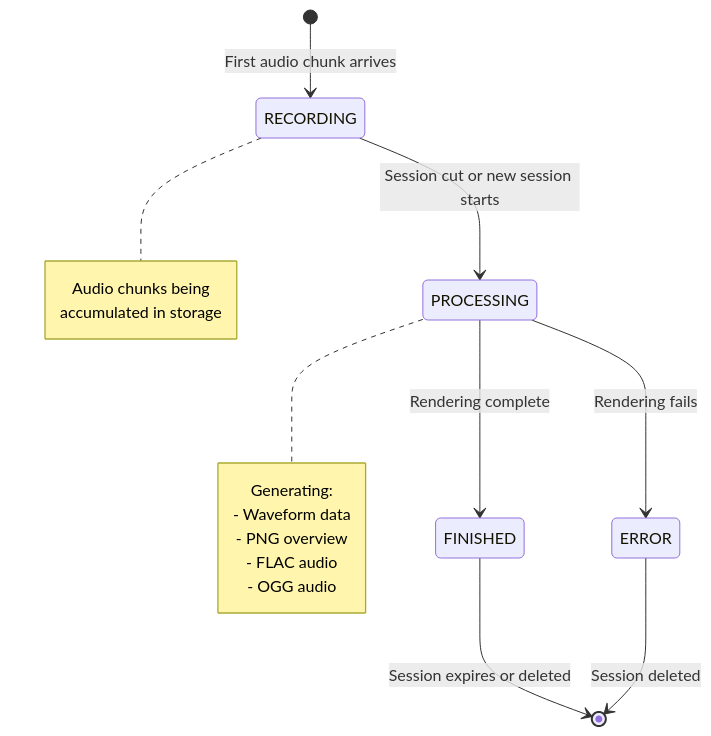
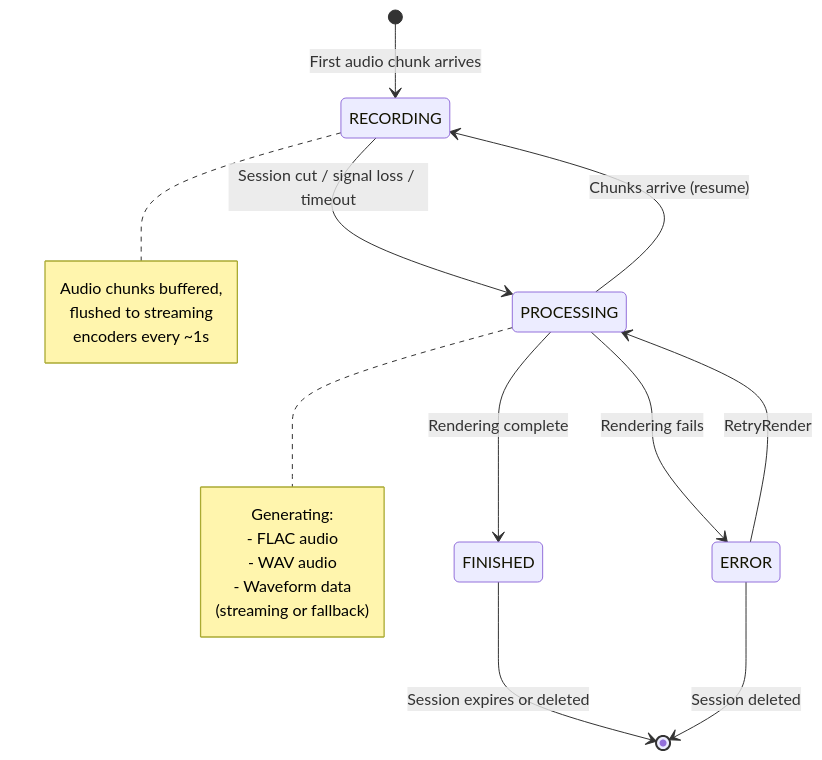
Before and after one commit to pascalhuerst/session-recorder: the second of 6 diagrams in docs/state-lifecycle.md, drawn with Mermaid. The commit also changed other lines of this file and 6 other files, not shown here.

````diff
--- a/docs/state-lifecycle.md
+++ b/docs/state-lifecycle.md
@@ -56,25 +67,29 @@
 ```mermaid
 stateDiagram-v2
     [*] --> RECORDING: First audio chunk arrives
 
-    RECORDING --> PROCESSING: Session cut or new session starts
+    RECORDING --> PROCESSING: Session cut / signal loss / timeout
 
     PROCESSING --> FINISHED: Rendering complete
     PROCESSING --> ERROR: Rendering fails
+    PROCESSING --> RECORDING: Chunks arrive (resume)
+
+    ERROR --> PROCESSING: RetryRender
 
     FINISHED --> [*]: Session expires or deleted
     ERROR --> [*]: Session deleted
 
     note right of RECORDING
-        Audio chunks being
-        accumulated in storage
+        Audio chunks buffered,
+        flushed to streaming
+        encoders every ~1s
     end note
 
     note right of PROCESSING
         Generating:
+        - FLAC audio
+        - WAV audio
         - Waveform data
-        - PNG overview
-        - FLAC audio
-        - OGG audio
+        (streaming or fallback)
     end note
 ```
````
